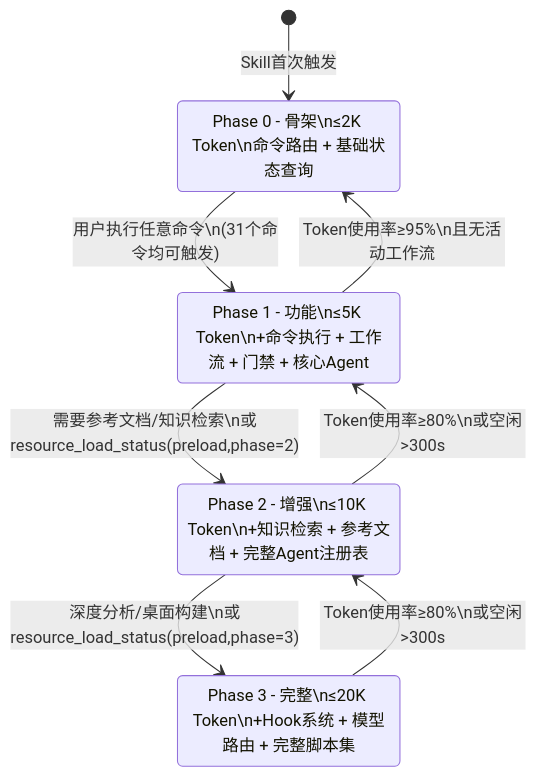
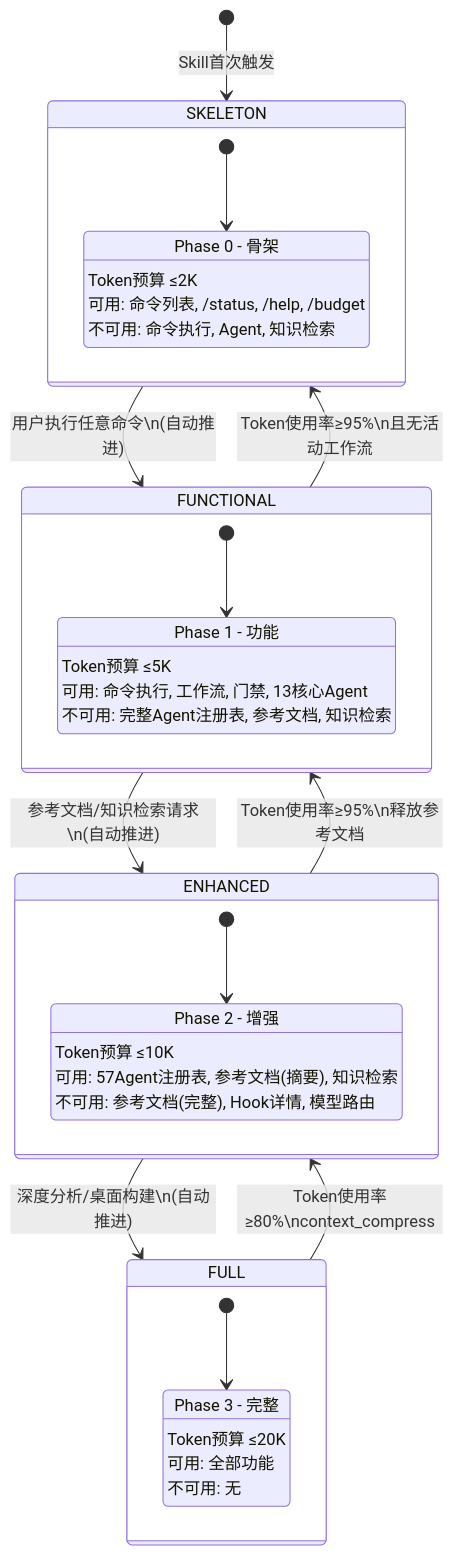
The eighth of 12 diagrams in docs/plan/REFACTOR_PLAN.md (xuanyuanchumo/xuansto), drawn with Mermaid before and after one commit. The commit also changed other lines of this file and 34 other files, not shown here.

````diff
--- a/docs/plan/REFACTOR_PLAN.md
+++ b/docs/plan/REFACTOR_PLAN.md
@@ -471,17 +495,44 @@
 ```mermaid
 stateDiagram-v2
     [*] --> SKELETON: Skill首次触发
 
-    SKELETON: Phase 0 - 骨架\n≤2K Token\n命令路由 + 基础状态查询
-    FUNCTIONAL: Phase 1 - 功能\n≤5K Token\n+命令执行 + 工作流 + 门禁 + 核心Agent
-    ENHANCED: Phase 2 - 增强\n≤10K Token\n+知识检索 + 参考文档 + 完整Agent注册表
-    FULL: Phase 3 - 完整\n≤20K Token\n+Hook系统 + 模型路由 + 完整脚本集
+    state SKELETON {
+        [*] --> P0_Loaded
+        P0_Loaded: Phase 0 - 骨架
+        P0_Loaded: Token预算 ≤2K
+        P0_Loaded: 可用: 命令列表, /status, /help, /budget
+        P0_Loaded: 不可用: 命令执行, Agent, 知识检索
+    }
 
-    SKELETON --> FUNCTIONAL: 用户执行任意命令\n(31个命令均可触发)
-    FUNCTIONAL --> ENHANCED: 需要参考文档/知识检索\n或resource_load_status(preload,phase=2)
-    ENHANCED --> FULL: 深度分析/桌面构建\n或resource_load_status(preload,phase=3)
+    state FUNCTIONAL {
+        [*] --> P1_Loaded
+        P1_Loaded: Phase 1 - 功能
+        P1_Loaded: Token预算 ≤5K
+        P1_Loaded: 可用: 命令执行, 工作流, 门禁, 13核心Agent
+        P1_Loaded: 不可用: 完整Agent注册表, 参考文档, 知识检索
+    }
 
-    FULL --> ENHANCED: Token使用率≥80%\n或空闲>300s
-    ENHANCED --> FUNCTIONAL: Token使用率≥80%\n或空闲>300s
+    state ENHANCED {
+        [*] --> P2_Loaded
+        P2_Loaded: Phase 2 - 增强
+        P2_Loaded: Token预算 ≤10K
+        P2_Loaded: 可用: 57Agent注册表, 参考文档(摘要), 知识检索
+        P2_Loaded: 不可用: 参考文档(完整), Hook详情, 模型路由
+    }
+
+    state FULL {
+        [*] --> P3_Loaded
+        P3_Loaded: Phase 3 - 完整
+        P3_Loaded: Token预算 ≤20K
+        P3_Loaded: 可用: 全部功能
+        P3_Loaded: 不可用: 无
+    }
+
+    SKELETON --> FUNCTIONAL: 用户执行任意命令\n(自动推进)
+    FUNCTIONAL --> ENHANCED: 参考文档/知识检索请求\n(自动推进)
+    ENHANCED --> FULL: 深度分析/桌面构建\n(自动推进)
+
+    FULL --> ENHANCED: Token使用率≥80%\ncontext_compress
+    ENHANCED --> FUNCTIONAL: Token使用率≥95%\n释放参考文档
     FUNCTIONAL --> SKELETON: Token使用率≥95%\n且无活动工作流
 ```
````
